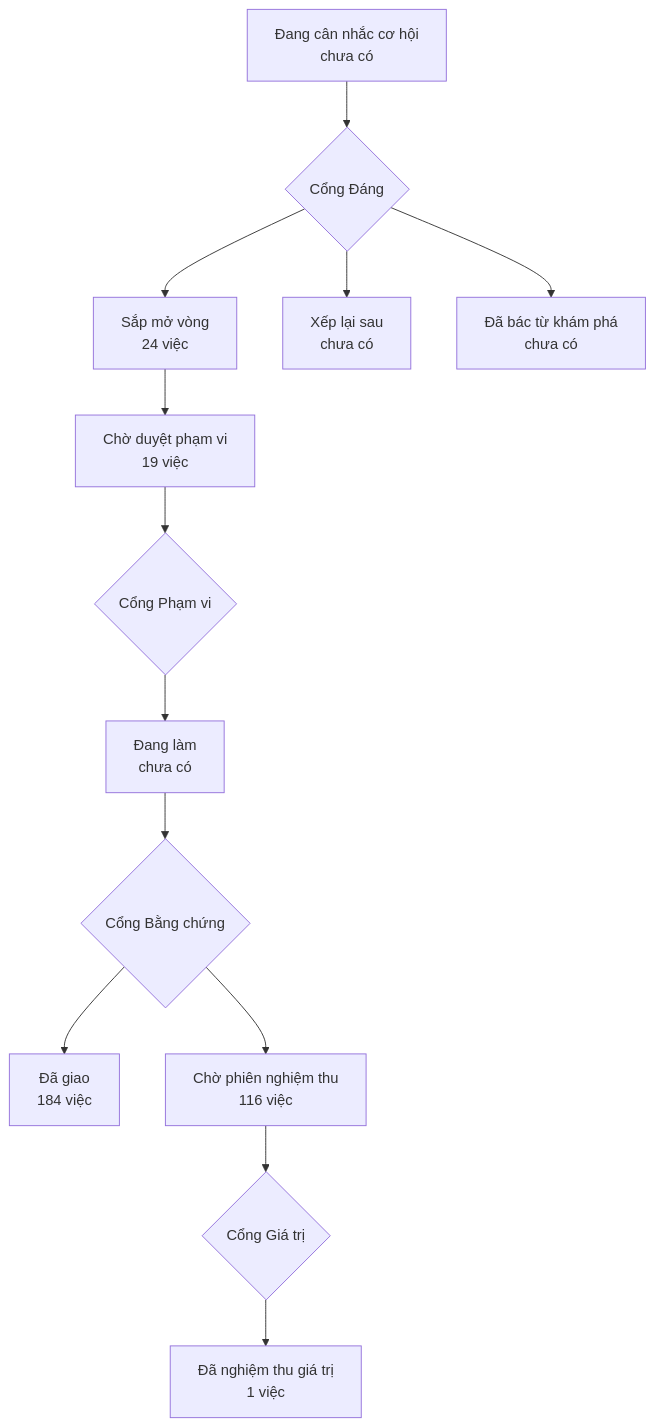
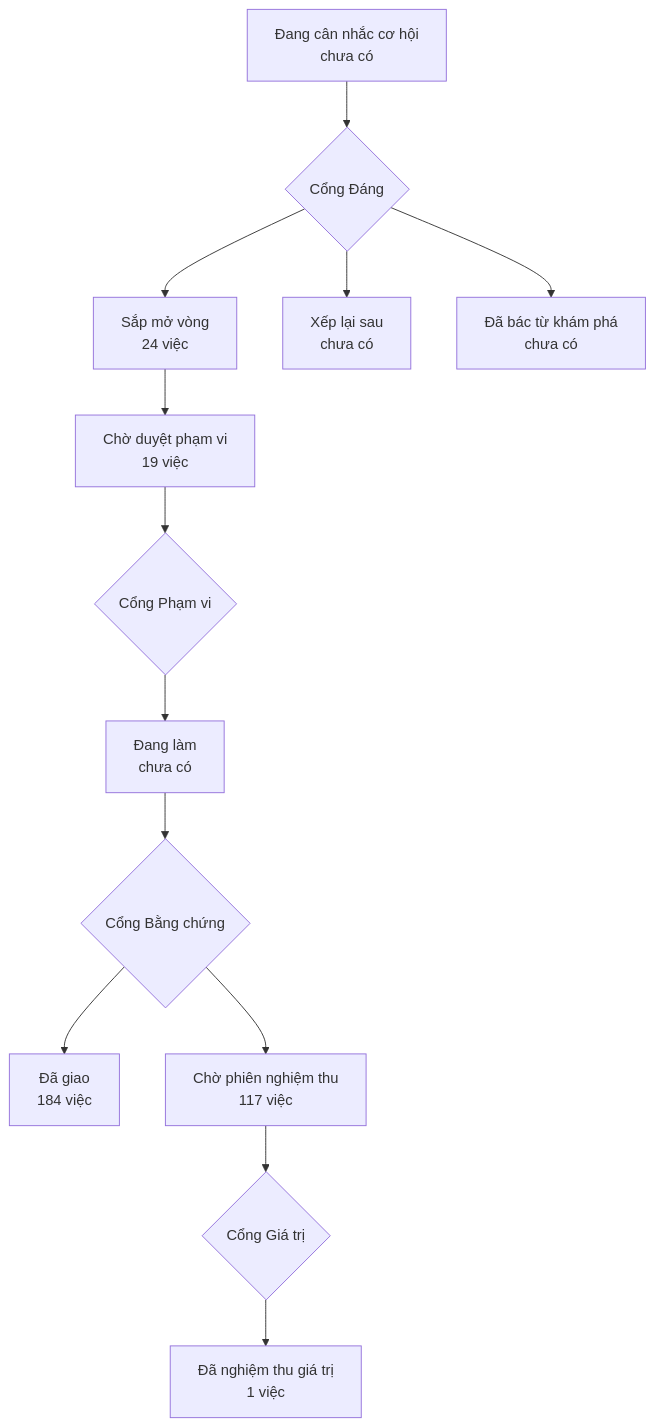
Before and after one commit to phanlemanh/onehub-invest: the diagram in PRODUCT-MAP.md, drawn with Mermaid. The commit also changed other lines of this file and 1 other file, not shown here.

Commit message:
chore: vẽ lại PRODUCT-MAP/LO-TRINH sau khi gộp main 408f5fde

````diff
--- a/PRODUCT-MAP.md
+++ b/PRODUCT-MAP.md
@@ -7,12 +7,12 @@
 ```mermaid
 flowchart TD
   A["Đang cân nhắc cơ hội<br/>chưa có"] --> GD{"Cổng Đáng"}
   GD --> B["Sắp mở vòng<br/>24 việc"]
   GD --> XL["Xếp lại sau<br/>chưa có"]
   GD --> DB["Đã bác từ khám phá<br/>chưa có"]
   B --> CD["Chờ duyệt phạm vi<br/>19 việc"] --> GP{"Cổng Phạm vi"}
   GP --> DL["Đang làm<br/>chưa có"] --> GB{"Cổng Bằng chứng"}
   GB --> DG["Đã giao<br/>184 việc"]
-  GB --> CN["Chờ phiên nghiệm thu<br/>116 việc"] --> GG{"Cổng Giá trị"}
+  GB --> CN["Chờ phiên nghiệm thu<br/>117 việc"] --> GG{"Cổng Giá trị"}
   GG --> NT["Đã nghiệm thu giá trị<br/>1 việc"]
 ```
````
